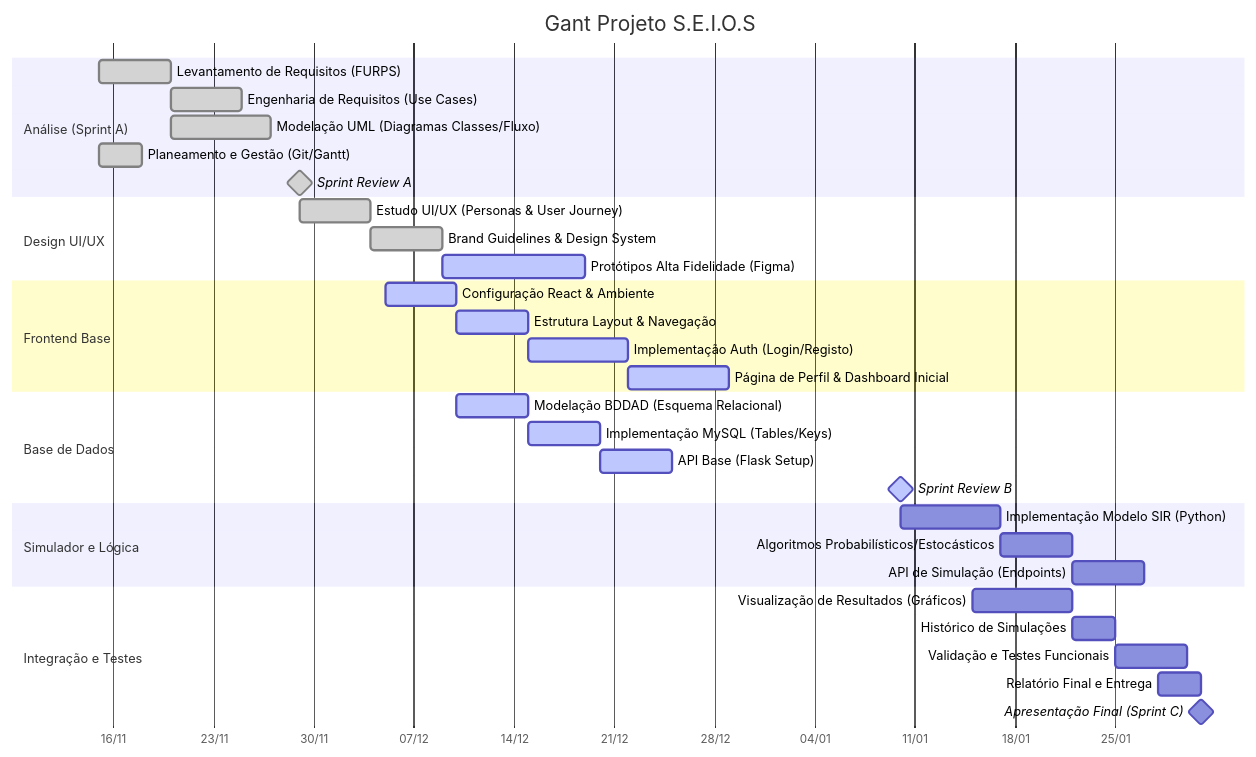
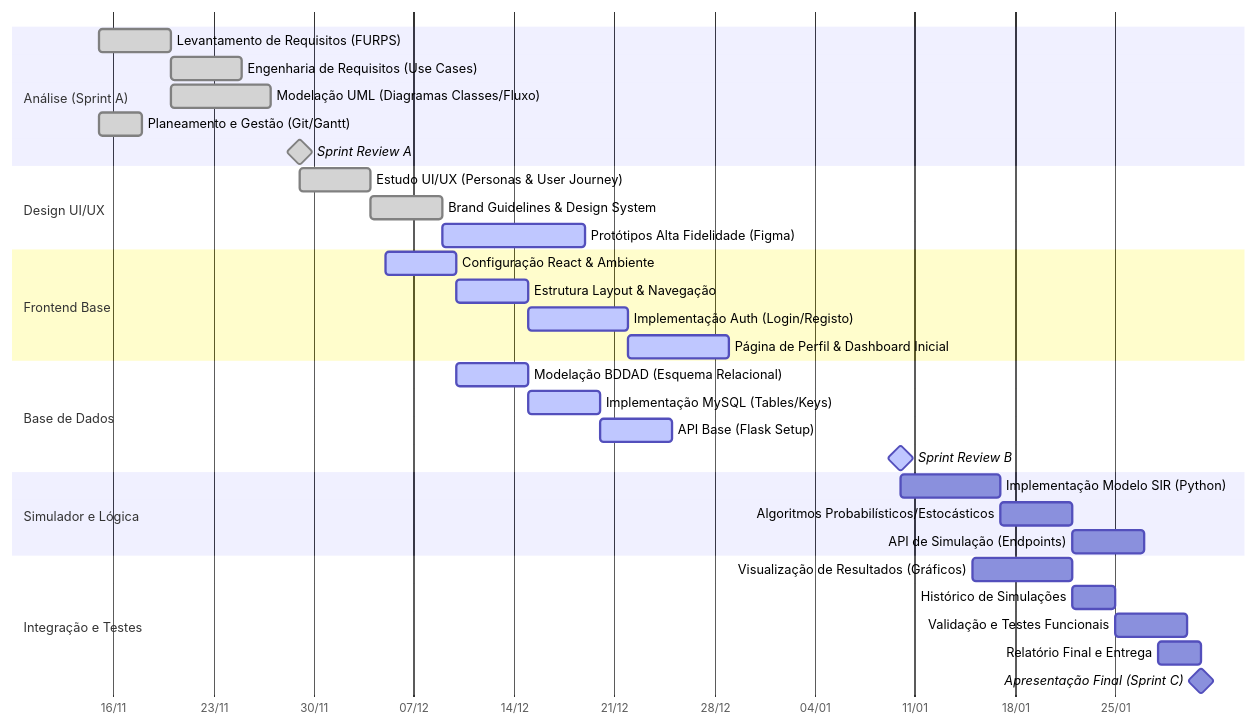
One commit to joaoventura2024064-dev/ISTECPROJ2526 changed the diagram in README.md. Above: the diagram before and after it, drawn with Mermaid. The commit also changed 13 other files, not shown here.

````diff
--- a/README.md
+++ b/README.md
@@ -58,42 +58,41 @@
 ```mermaid
 gantt
-    title Gant Projeto S.E.I.O.S
     dateFormat  YYYY-MM-DD
     axisFormat  %d/%m
 
     section Análise (Sprint A)
     Levantamento de Requisitos (FURPS)      :done,    a1, 2025-11-15, 5d
     Engenharia de Requisitos (Use Cases)    :done,    a2, after a1, 5d
     Modelação UML (Diagramas Classes/Fluxo) :done,    a3, 2025-11-20, 7d
     Planeamento e Gestão (Git/Gantt)        :done,    a4, 2025-11-15, 3d
     Sprint Review A                         :done,    milestone, 2025-11-29, 0d
 
     section Design UI/UX
     Estudo UI/UX (Personas & User Journey)  :done,    b1, 2025-11-29, 5d
     Brand Guidelines & Design System        :done,    b2, after b1, 5d
     Protótipos Alta Fidelidade (Figma)      :active,  b3, after b2, 10d
     
     section Frontend Base
     Configuração React & Ambiente           :active,  b4, 2025-12-05, 5d
     Estrutura Layout & Navegação            :active,  b5, after b4, 5d
     Implementação Auth (Login/Registo)      :active,  b6, after b5, 7d
     Página de Perfil & Dashboard Inicial    :active,    b7, after b6, 1w
     
     section Base de Dados
     Modelação BDDAD (Esquema Relacional)    :active,  b8, 2025-12-10, 5d
     Implementação MySQL (Tables/Keys)       :active,  b9, after b8, 5d
     API Base (Flask Setup)                  :active,  b10, after b9, 5d
     Sprint Review B                         :active,  milestone, 2026-01-10, 0d
 
     section Simulador e Lógica
     Implementação Modelo SIR (Python)       :         c1, 2026-01-10, 7d
     Algoritmos Probabilísticos/Estocásticos :         c2, after c1, 5d
     API de Simulação (Endpoints)            :         c3, after c2, 5d
     
     section Integração e Testes
     Visualização de Resultados (Gráficos)   :         c4, 2026-01-15, 1w
     Histórico de Simulações                 :         c5, after c4, 3d
     Validação e Testes Funcionais           :         c6, 2026-01-25, 5d
     Relatório Final e Entrega               :         c7, 2026-01-28, 3d
     Apresentação Final (Sprint C)           :         milestone, 2026-01-31, 0d
 ```
````
